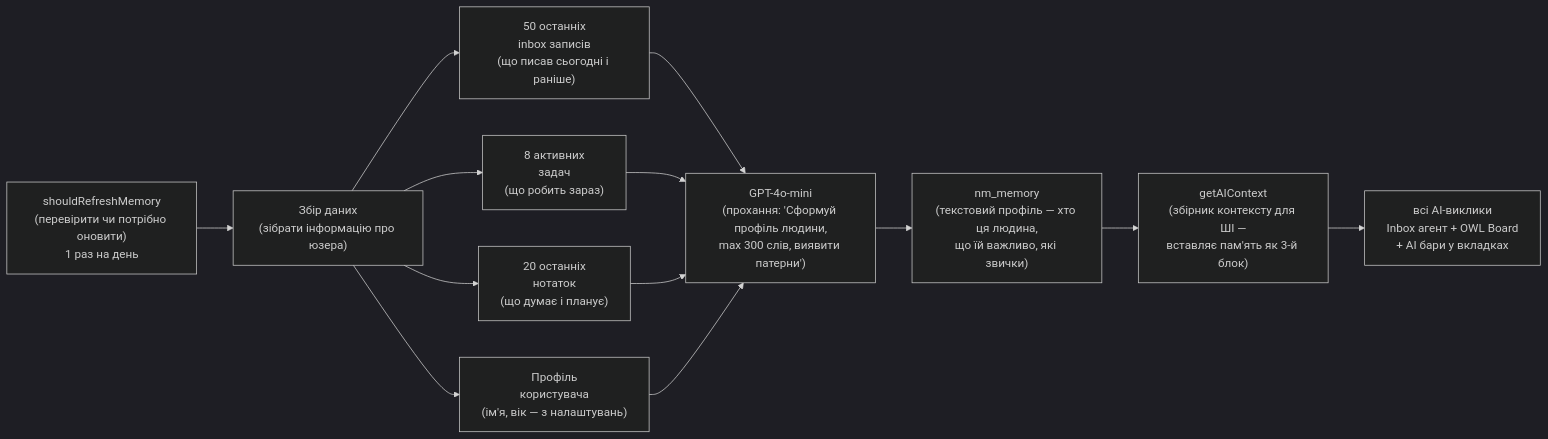
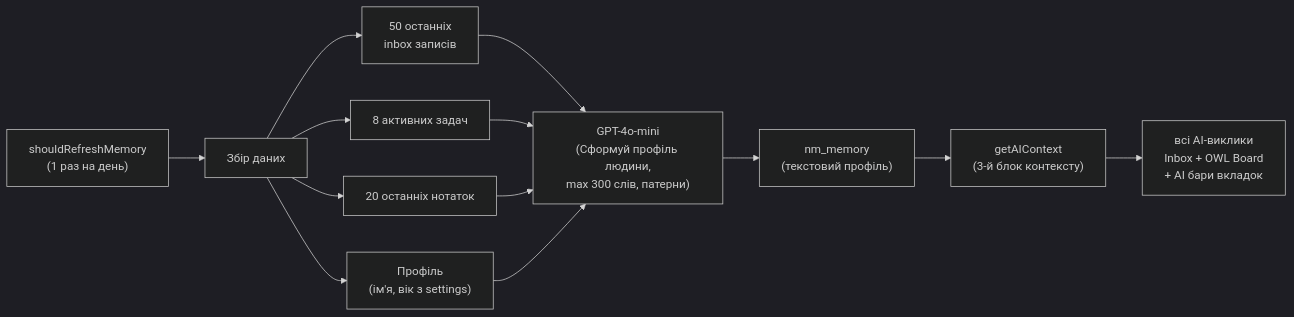
One commit to OWLs68/NeverMind changed the fifth of 6 diagrams in docs/ARCHITECTURE.md. Above: the diagram before and after it, drawn with Mermaid (dark theme). The commit also changed other lines of this file and 2 other files, not shown here.

First line of the commit message:
docs: rewrite START_HERE.md + docs/ARCHITECTURE.md for src/ structure

````diff
--- a/docs/ARCHITECTURE.md
+++ b/docs/ARCHITECTURE.md
@@ -211,13 +233,13 @@
 ```mermaid
 flowchart LR
-    TRIG["shouldRefreshMemory\n(перевірити чи потрібно оновити)\n1 раз на день"] --> COL["Збір даних\n(зібрати інформацію про юзера)"]
-    COL --> I50["50 останніх\ninbox записів\n(що писав сьогодні і раніше)"]
-    COL --> T8["8 активних\nзадач\n(що робить зараз)"]
-    COL --> N20["20 останніх\nнотаток\n(що думає і планує)"]
-    COL --> PR["Профіль\nкористувача\n(ім'я, вік — з налаштувань)"]
+    TRIG["shouldRefreshMemory<br/>(1 раз на день)"] --> COL["Збір даних"]
+    COL --> I50["50 останніх<br/>inbox записів"]
+    COL --> T8["8 активних задач"]
+    COL --> N20["20 останніх нотаток"]
+    COL --> PR["Профіль<br/>(ім'я, вік з settings)"]
 
-    I50 & T8 & N20 & PR --> AI["GPT-4o-mini\n(прохання: 'Сформуй профіль людини,\nmax 300 слів, виявити патерни')"]
-    AI --> MEM["nm_memory\n(текстовий профіль — хто ця людина,\nщо їй важливо, які звички)"]
-    MEM --> CTX["getAIContext\n(збірник контексту для ШІ —\nвставляє пам'ять як 3-й блок)"]
-    CTX --> ALL["всі AI-виклики\nInbox агент + OWL Board\n+ AI бари у вкладках"]
+    I50 & T8 & N20 & PR --> AI["GPT-4o-mini<br/>(Сформуй профіль людини,<br/>max 300 слів, патерни)"]
+    AI --> MEM["nm_memory<br/>(текстовий профіль)"]
+    MEM --> CTX["getAIContext<br/>(3-й блок контексту)"]
+    CTX --> ALL["всі AI-виклики<br/>Inbox + OWL Board<br/>+ AI бари вкладок"]
 ```
````
